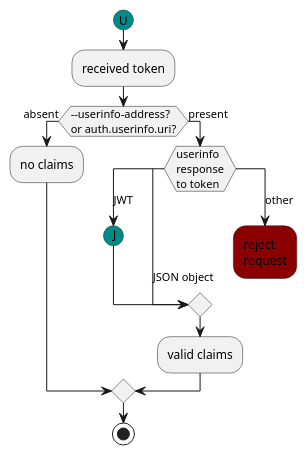
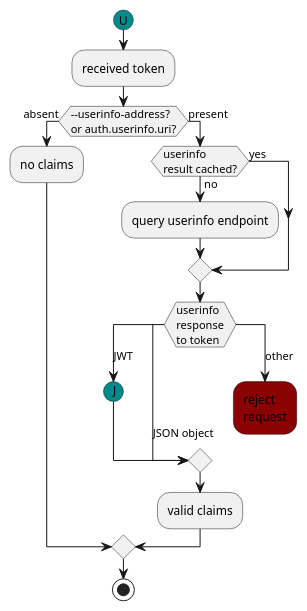
Before and after one commit to chronicleworks/chronicle: the diagram in docs/diagrams/src/oidc-process-userinfo.puml, drawn with PlantUML. The commit also changed 2 other files, not shown here.

Commit message:
docs(oidc-opa-flow.md): add endpoint response caching to flowcharts
CHRON-396

```diff
--- a/docs/diagrams/src/oidc-process-userinfo.puml
+++ b/docs/diagrams/src/oidc-process-userinfo.puml
@@ -3,22 +3,26 @@
 @startuml
 
 #darkcyan:(U)
 :received token;
 if (--userinfo-address?
 or auth.userinfo.uri?) then (absent)
   :no claims;
 else (present)
+  if (userinfo\nresult cached?) then (no)
+    :query userinfo endpoint;
+  else (yes)
+  endif
   switch (userinfo\nresponse\nto token)
   case (JWT)
     #darkcyan:(J)
   case (JSON object)
   case (other)
     #darkred:reject
     request;
     detach
   endswitch
   :valid claims;
 endif
 stop
 
 @enduml
```
